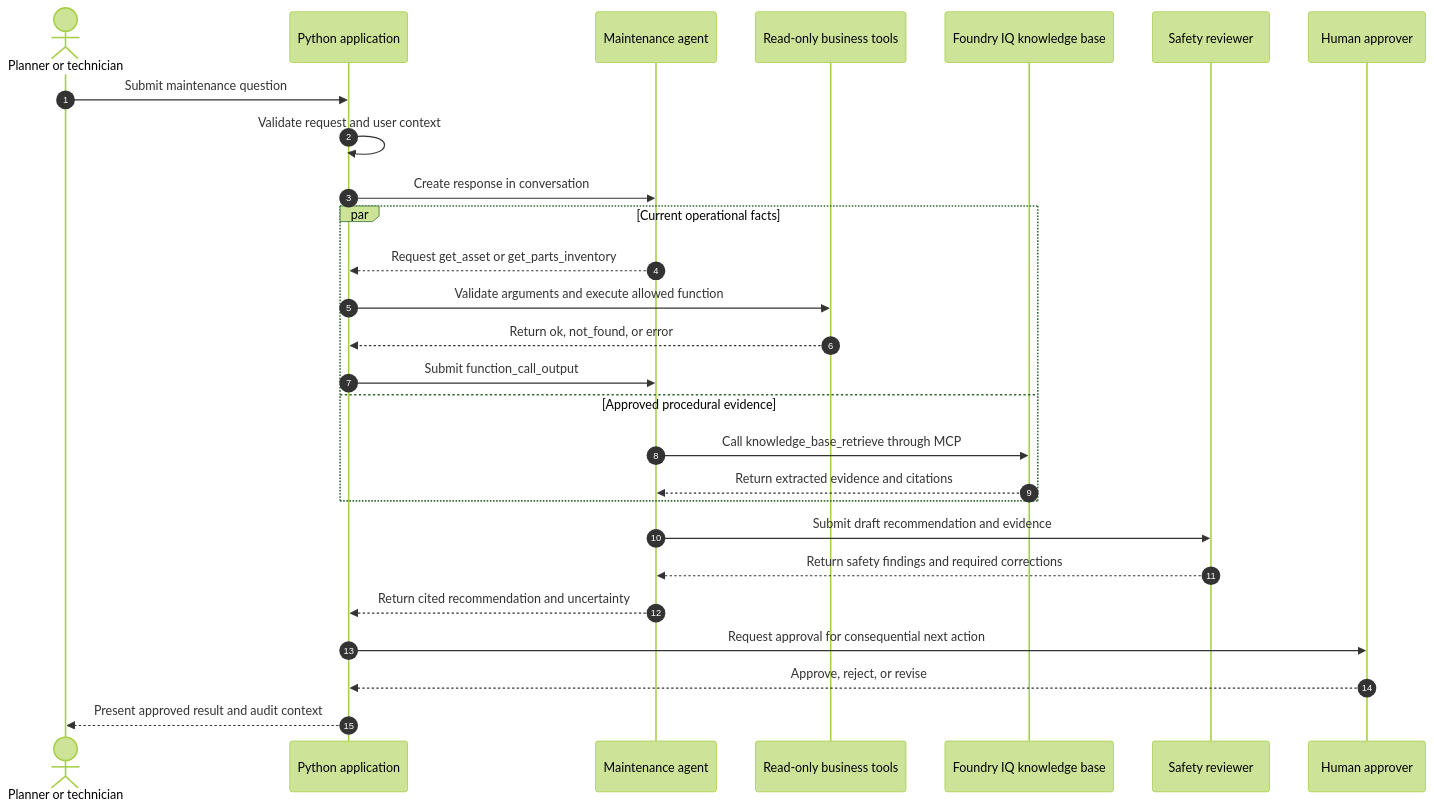
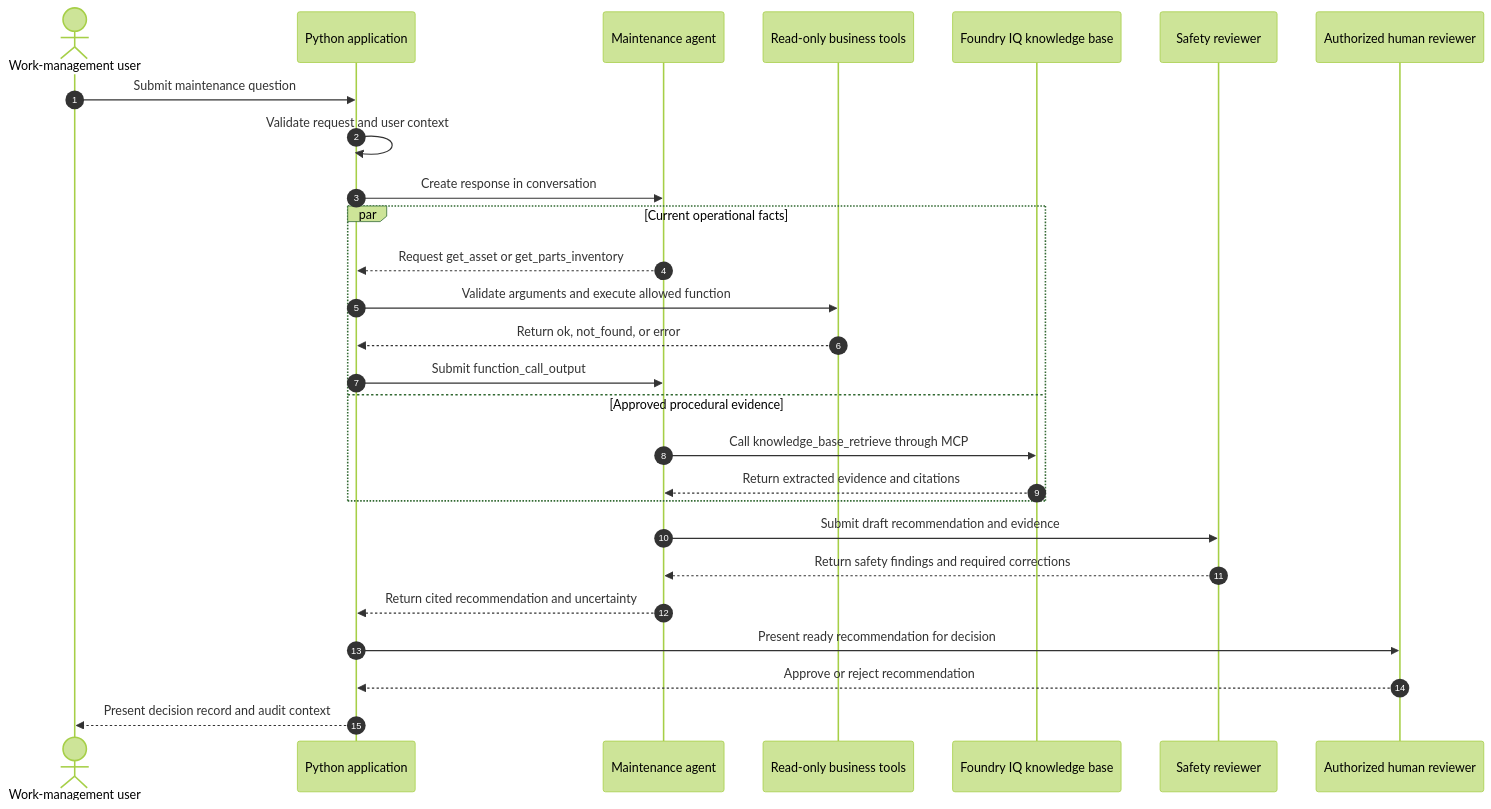
The second of 3 diagrams in ARCHITECTURE.md (ili-meco/opg-microsoft-foundry-workshop), drawn with Mermaid (forest theme) before and after one commit. The commit also changed other lines of this file and 15 other files, not shown here.

````diff
--- a/ARCHITECTURE.md
+++ b/ARCHITECTURE.md
@@ -106,32 +112,32 @@
 ```mermaid
 sequenceDiagram
     autonumber
-    actor User as Planner or technician
+    actor User as Work-management user
     participant App as Python application
     participant Agent as Maintenance agent
     participant Tools as Read-only business tools
     participant IQ as Foundry IQ knowledge base
     participant Review as Safety reviewer
-    participant Human as Human approver
+    participant Human as Authorized human reviewer
 
     User->>App: Submit maintenance question
     App->>App: Validate request and user context
     App->>Agent: Create response in conversation
 
     par Current operational facts
         Agent-->>App: Request get_asset or get_parts_inventory
         App->>Tools: Validate arguments and execute allowed function
         Tools-->>App: Return ok, not_found, or error
         App->>Agent: Submit function_call_output
     and Approved procedural evidence
         Agent->>IQ: Call knowledge_base_retrieve through MCP
         IQ-->>Agent: Return extracted evidence and citations
     end
 
     Agent->>Review: Submit draft recommendation and evidence
     Review-->>Agent: Return safety findings and required corrections
     Agent-->>App: Return cited recommendation and uncertainty
-    App->>Human: Request approval for consequential next action
-    Human-->>App: Approve, reject, or revise
-    App-->>User: Present approved result and audit context
+    App->>Human: Present ready recommendation for decision
+    Human-->>App: Approve or reject recommendation
+    App-->>User: Present decision record and audit context
 ```
````
